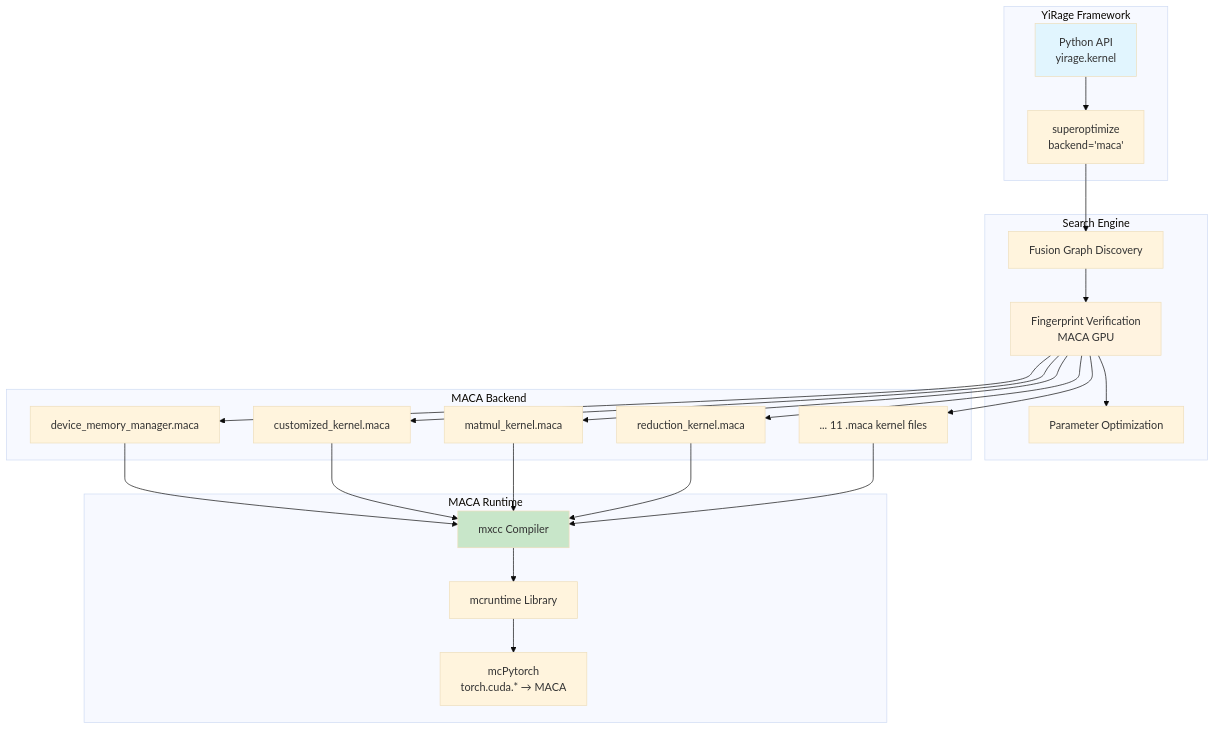
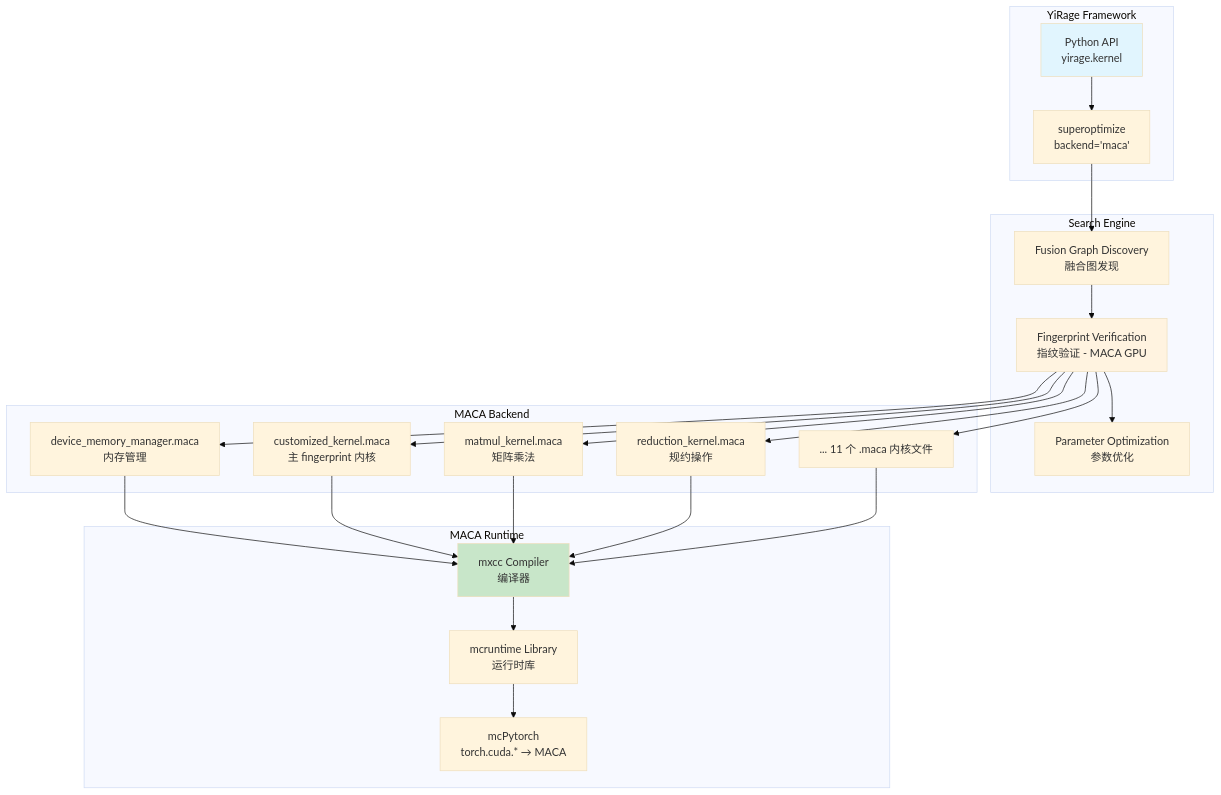
Before and after one commit to chenxingqiang/YiRage: the first of 2 diagrams in docs/maca_complete_guide.md, drawn with Mermaid (base theme). The commit also changed other lines of this file and 7 other files, not shown here.

Commit message:
Refactor: Add Mermaid diagrams and improve Ascend/MACA docs

````diff
--- a/docs/maca_complete_guide.md
+++ b/docs/maca_complete_guide.md
@@ -35,35 +35,35 @@
 ```mermaid
 graph TB
     subgraph "YiRage Framework"
         A[Python API<br/>yirage.kernel]
         B[superoptimize<br/>backend='maca']
     end
 
     subgraph "Search Engine"
-        C[Fusion Graph Discovery]
-        D[Fingerprint Verification<br/>MACA GPU]
-        E[Parameter Optimization]
+        C[Fusion Graph Discovery<br/>融合图发现]
+        D[Fingerprint Verification<br/>指纹验证 - MACA GPU]
+        E[Parameter Optimization<br/>参数优化]
     end
 
     subgraph "MACA Backend"
-        F[device_memory_manager.maca]
-        G[customized_kernel.maca]
-        H[matmul_kernel.maca]
-        I[reduction_kernel.maca]
-        J[... 11 .maca kernel files]
+        F[device_memory_manager.maca<br/>内存管理]
+        G[customized_kernel.maca<br/>主 fingerprint 内核]
+        H[matmul_kernel.maca<br/>矩阵乘法]
+        I[reduction_kernel.maca<br/>规约操作]
+        J[... 11 个 .maca 内核文件]
     end
 
     subgraph "MACA Runtime"
-        K[mxcc Compiler]
-        L[mcruntime Library]
+        K[mxcc Compiler<br/>编译器]
+        L[mcruntime Library<br/>运行时库]
         M[mcPytorch<br/>torch.cuda.* → MACA]
     end
 
     A --> B --> C --> D --> E
     D --> F & G & H & I & J
     F & G & H & I & J --> K --> L --> M
 
     style A fill:#e1f5fe
     style D fill:#fff3e0
     style K fill:#c8e6c9
 ```
````
